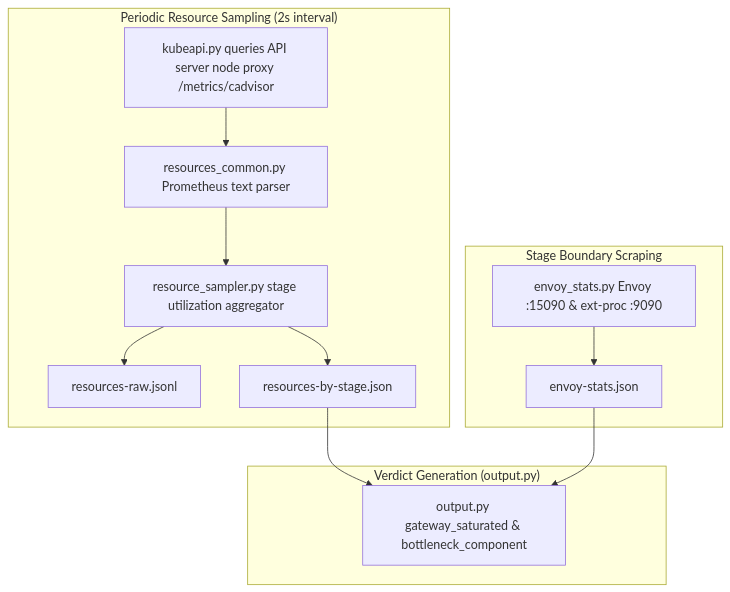
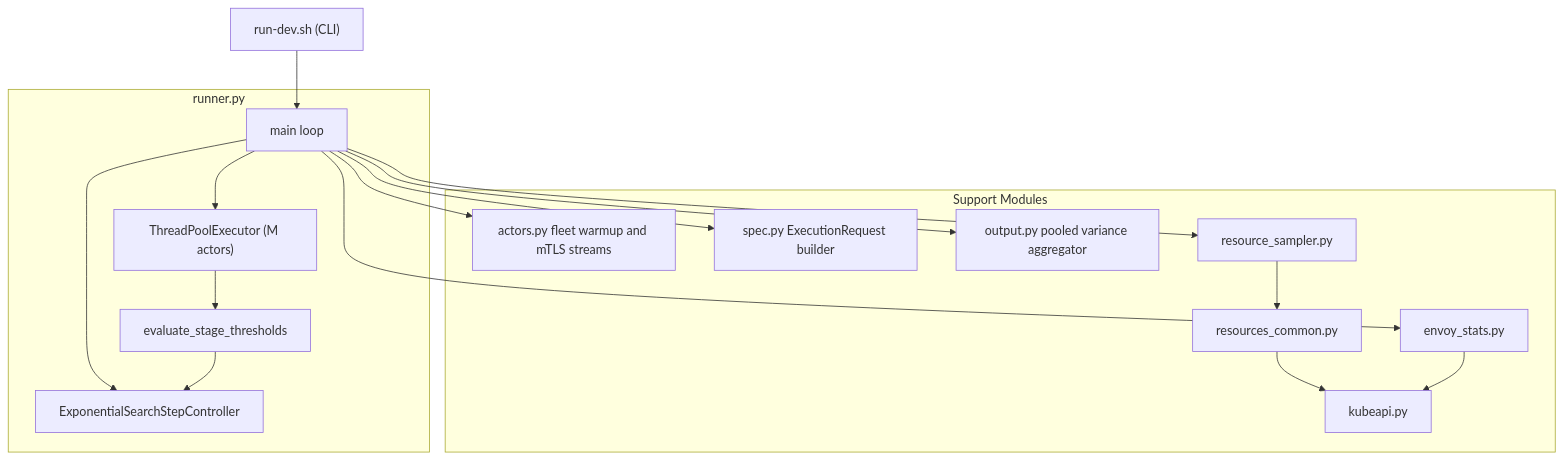
The second of 3 diagrams in benchmarking/nighthawk-egress/README.md (ygao-g/substrate), drawn with Mermaid before and after one commit. The commit also changed other lines of this file and 6 other files, not shown here.

First line of the commit message:
benchmarking/nighthawk-egress: add run-dev.sh, manifests, and runner docs

````diff
--- a/benchmarking/nighthawk-egress/README.md
+++ b/benchmarking/nighthawk-egress/README.md
@@ -96,25 +92,34 @@
 ```mermaid
 flowchart TD
-    subgraph cadvisor["Periodic Resource Sampling (2s interval)"]
-        kube["kubeapi.py queries API server node proxy /metrics/cadvisor"]
-        rc["resources_common.py Prometheus text parser"]
-        sampler["resource_sampler.py stage utilization aggregator"]
-        raw["resources-raw.jsonl"]
-        by_stage["resources-by-stage.json"]
-        kube --> rc --> sampler
-        sampler --> raw
-        sampler --> by_stage
+    cli["run-dev.sh (CLI)"]
+
+    subgraph runner_mod["runner.py"]
+        main["main loop"]
+        controller["ExponentialSearchStepController"]
+        worker_pool["ThreadPoolExecutor (M actors)"]
+        eval["evaluate_stage_thresholds"]
     end
 
-    subgraph boundary["Stage Boundary Scraping"]
-        estats["envoy_stats.py Envoy :15090 & ext-proc :9090"]
-        envoy_json["envoy-stats.json"]
-        estats --> envoy_json
+    subgraph helpers["Support Modules"]
+        actors["actors.py fleet warmup and mTLS streams"]
+        spec["spec.py ExecutionRequest builder"]
+        output["output.py pooled variance aggregator"]
+        sampler["resource_sampler.py"]
+        estats["envoy_stats.py"]
+        rc["resources_common.py"]
+        kube["kubeapi.py"]
     end
 
-    subgraph verdict["Verdict Generation (output.py)"]
-        output["output.py gateway_saturated & bottleneck_component"]
-        by_stage --> output
-        envoy_json --> output
-    end
+    cli --> main
+    main --> controller
+    main --> actors
+    main --> spec
+    main --> worker_pool
+    worker_pool --> eval
+    eval --> controller
+    main --> output
+    main --> sampler
+    main --> estats
+    sampler --> rc --> kube
+    estats --> kube
 ```
````
